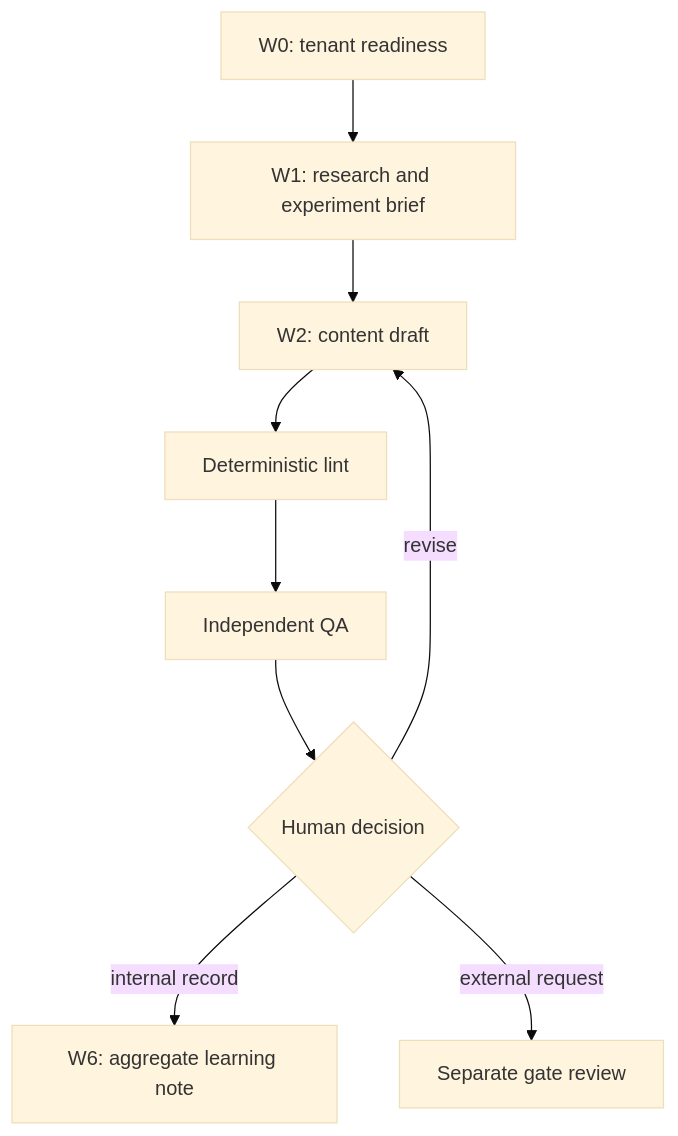
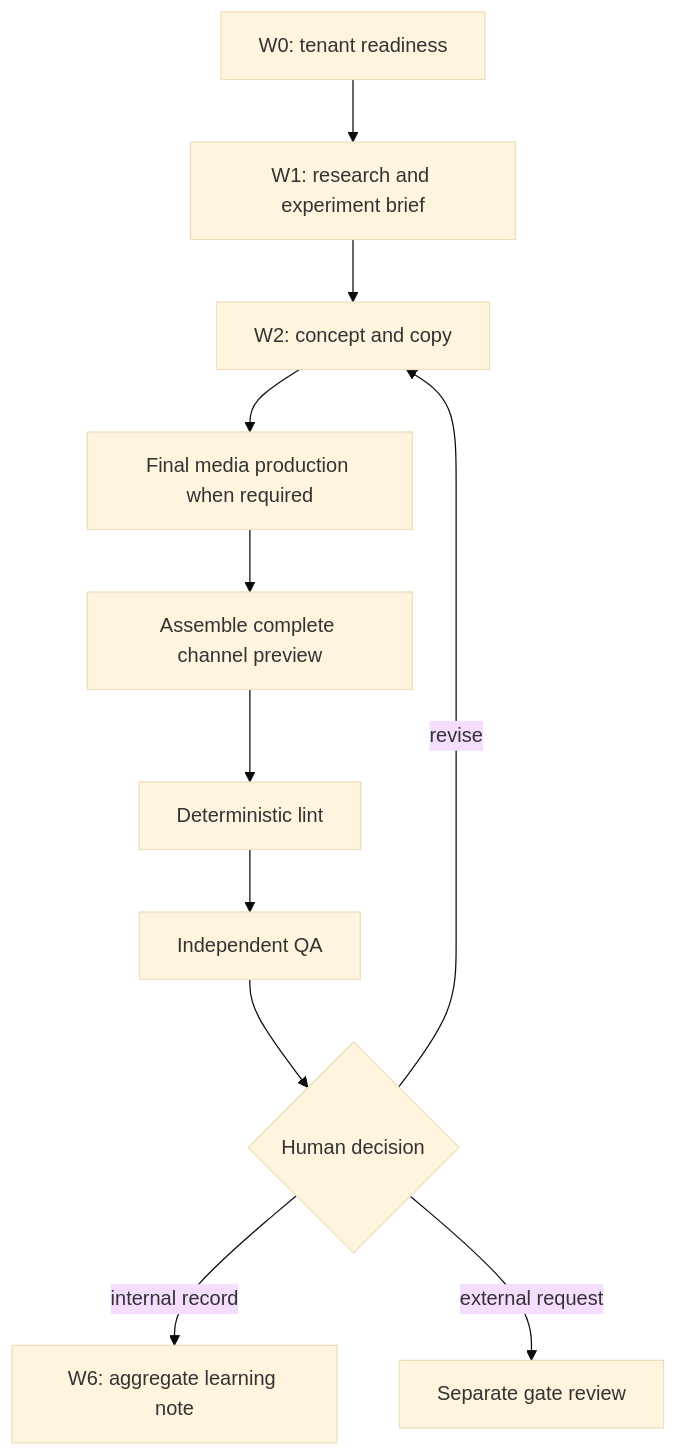
One commit to magicpendigital/ai-marketing-department changed the diagram in docs/OPERATING_MODEL.md. Above: the diagram before and after it, drawn with Mermaid (base theme). The commit also changed other lines of this file and 28 other files, not shown here.

Commit message:
feat: improve media-first content workflow and review

````diff
--- a/docs/OPERATING_MODEL.md
+++ b/docs/OPERATING_MODEL.md
@@ -28,11 +28,13 @@
 ```mermaid
 flowchart TD
   A[W0: tenant readiness] --> B[W1: research and experiment brief]
-  B --> C[W2: content draft]
-  C --> D[Deterministic lint]
+  B --> C[W2: concept and copy]
+  C --> M[Final media production when required]
+  M --> P[Assemble complete channel preview]
+  P --> D[Deterministic lint]
   D --> E[Independent QA]
   E --> F{Human decision}
   F -->|revise| C
   F -->|internal record| G[W6: aggregate learning note]
   F -->|external request| H[Separate gate review]
 ```
````
